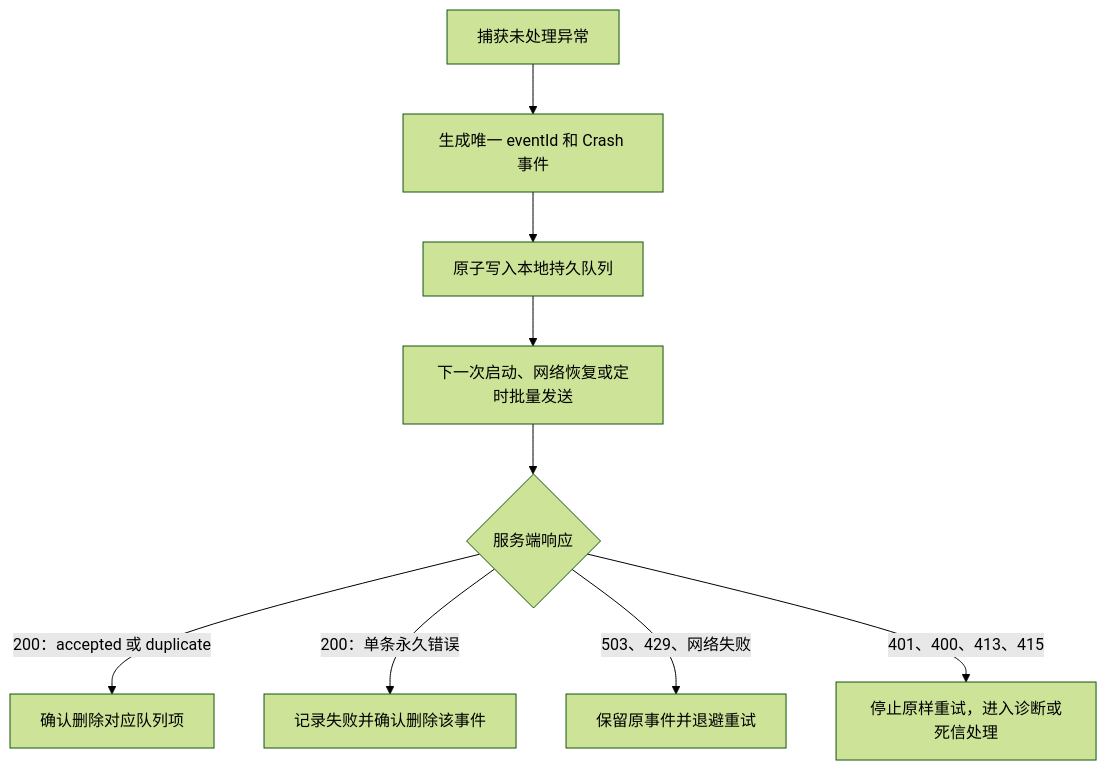
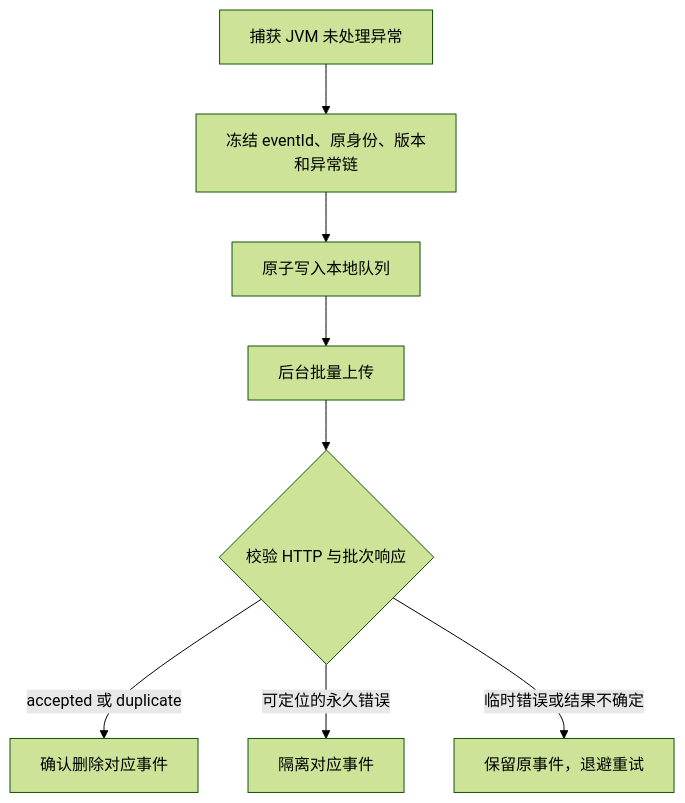
The diagram in docs/client-integration/crash-client-integration.md (mashanshui/apm-server), drawn with Mermaid (forest theme) before and after one commit. The commit also changed other lines of this file and 20 other files, not shown here.

````diff
--- a/docs/client-integration/crash-client-integration.md
+++ b/docs/client-integration/crash-client-integration.md
@@ -28,11 +13,10 @@
 ```mermaid
 flowchart TD
-    A["捕获未处理异常"] --> B["生成唯一 eventId 和 Crash 事件"]
-    B --> C["原子写入本地持久队列"]
-    C --> D["下一次启动、网络恢复或定时批量发送"]
-    D --> E{"服务端响应"}
-    E -->|"200：accepted 或 duplicate"| F["确认删除对应队列项"]
-    E -->|"200：单条永久错误"| G["记录失败并确认删除该事件"]
-    E -->|"503、429、网络失败"| H["保留原事件并退避重试"]
-    E -->|"401、400、413、415"| I["停止原样重试，进入诊断或死信处理"]
+    A["捕获 JVM 未处理异常"] --> B["冻结 eventId、原身份、版本和异常链"]
+    B --> C["原子写入本地队列"]
+    C --> D["后台批量上传"]
+    D --> E{"校验 HTTP 与批次响应"}
+    E -->|"accepted 或 duplicate"| F["确认删除对应事件"]
+    E -->|"可定位的永久错误"| G["隔离对应事件"]
+    E -->|"临时错误或结果不确定"| H["保留原事件，退避重试"]
 ```
````
